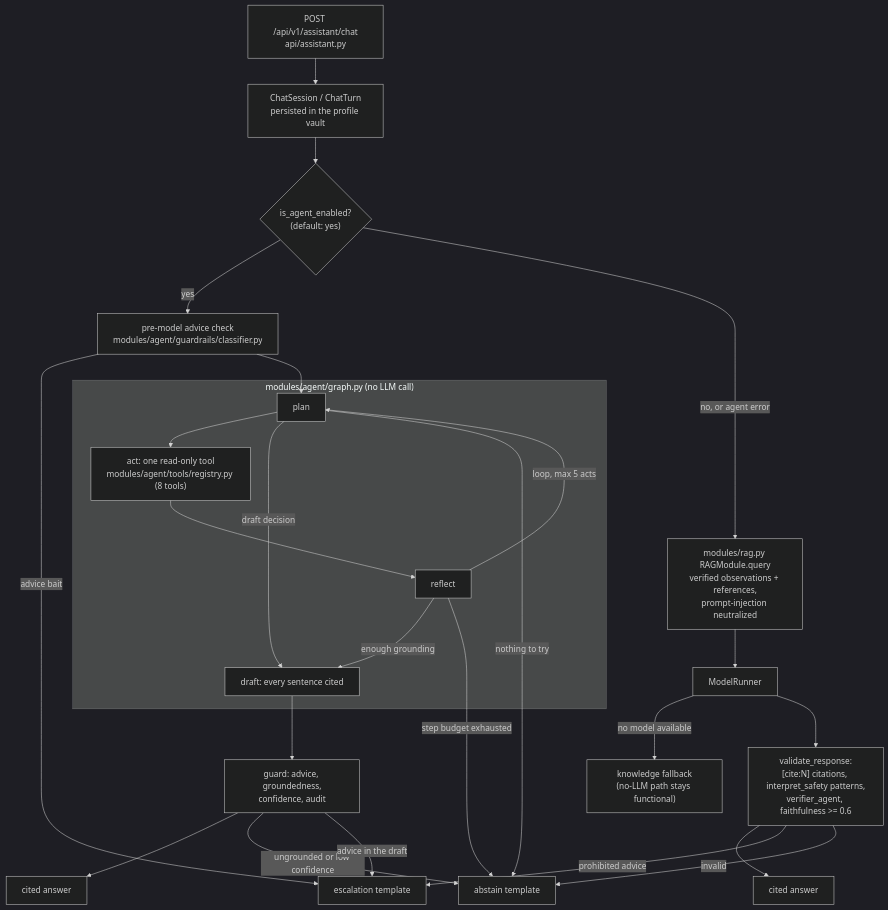
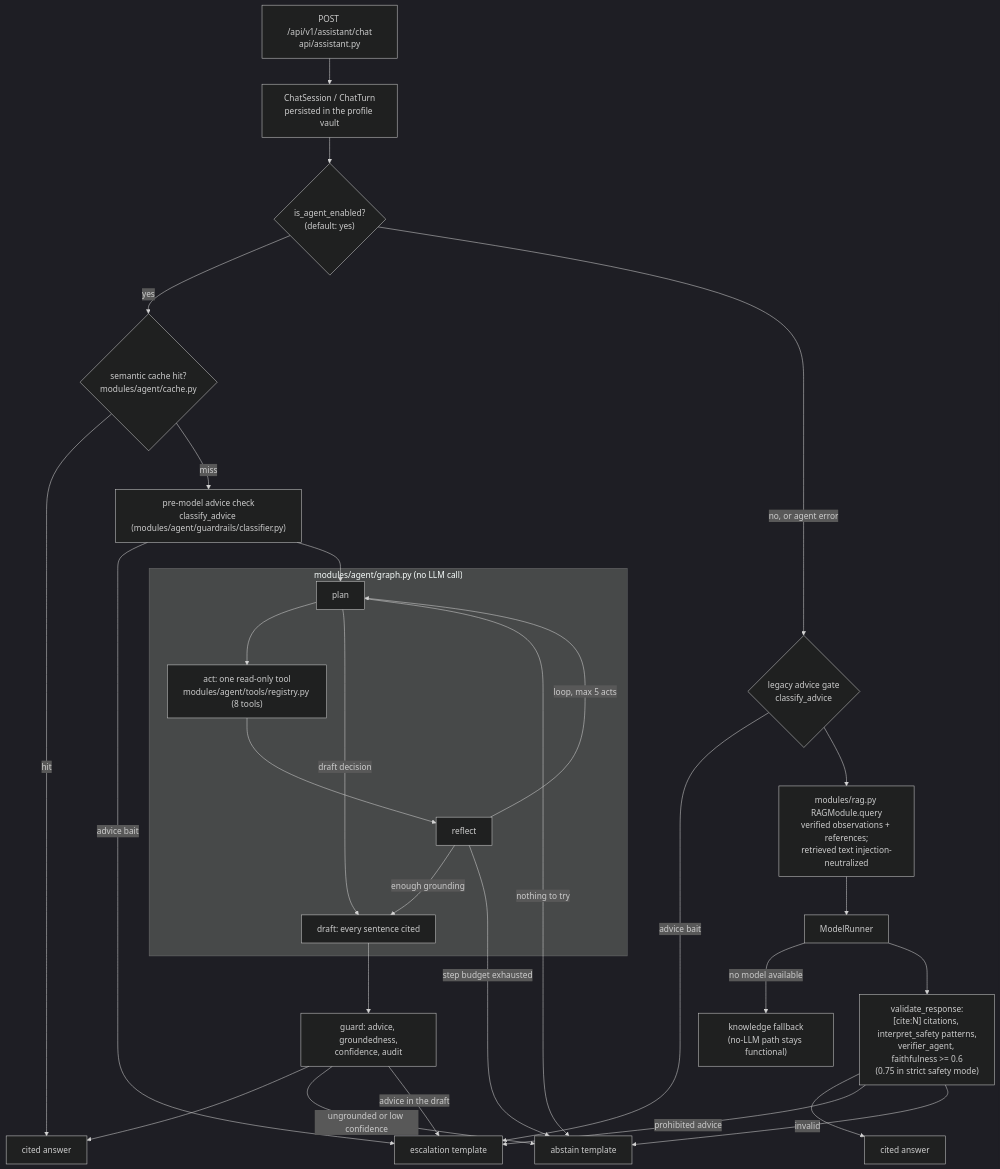
Before and after one commit to BrooklynD23/HealthCentral: the second of 4 diagrams in docs/architecture/overview.md, drawn with Mermaid (dark theme). The commit also changed other lines of this file and 20 other files, not shown here.

````diff
--- a/docs/architecture/overview.md
+++ b/docs/architecture/overview.md
@@ -63,30 +66,34 @@
 ```mermaid
 flowchart TD
     Q["POST /api/v1/assistant/chat<br/>api/assistant.py"] --> SESS["ChatSession / ChatTurn<br/>persisted in the profile vault"]
     SESS --> SW{"is_agent_enabled?<br/>(default: yes)"}
 
-    SW -->|yes| PRE["pre-model advice check<br/>modules/agent/guardrails/classifier.py"]
+    SW -->|yes| CACHE{"semantic cache hit?<br/>modules/agent/cache.py"}
+    CACHE -->|hit| AANS
+    CACHE -->|miss| PRE["pre-model advice check<br/>classify_advice (modules/agent/guardrails/classifier.py)"]
     PRE -->|"advice bait"| ESC["escalation template"]
     PRE --> PLAN
     subgraph AGENT["modules/agent/graph.py (no LLM call)"]
         PLAN["plan"] --> ACT["act: one read-only tool<br/>modules/agent/tools/registry.py (8 tools)"]
         PLAN -->|"draft decision"| DRAFT
         ACT --> REFL["reflect"]
         REFL -->|"loop, max 5 acts"| PLAN
         REFL -->|"enough grounding"| DRAFT["draft: every sentence cited"]
     end
     DRAFT --> GUARD["guard: advice, groundedness,<br/>confidence, audit"]
     GUARD --> AANS["cited answer"]
     GUARD -->|"ungrounded or low confidence"| ABS["abstain template"]
     GUARD -->|"advice in the draft"| ESC
     PLAN -->|"nothing to try"| ABS
     REFL -->|"step budget exhausted"| ABS
 
-    SW -->|"no, or agent error"| RAG["modules/rag.py RAGModule.query<br/>verified observations + references,<br/>prompt-injection neutralized"]
+    SW -->|"no, or agent error"| LGATE{"legacy advice gate<br/>classify_advice"}
+    LGATE -->|"advice bait"| ESC
+    LGATE --> RAG["modules/rag.py RAGModule.query<br/>verified observations + references;<br/>retrieved text injection-neutralized"]
     RAG --> MR["ModelRunner"]
     MR -->|"no model available"| FB["knowledge fallback<br/>(no-LLM path stays functional)"]
-    MR --> VAL["validate_response:<br/>[cite:N] citations, interpret_safety patterns,<br/>verifier_agent, faithfulness >= 0.6"]
+    MR --> VAL["validate_response:<br/>[cite:N] citations, interpret_safety patterns,<br/>verifier_agent, faithfulness >= 0.6<br/>(0.75 in strict safety mode)"]
     VAL --> LANS["cited answer"]
     VAL -->|"prohibited advice"| ESC
     VAL -->|"invalid"| ABS
 ```
````
